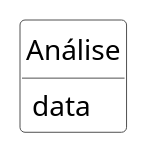
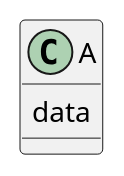
One commit to kyriosdata/docente-inf changed the diagram in documentacao/diagramas/dominio-code.puml. Above: the diagram before and after it, drawn with PlantUML.

```diff
--- a/documentacao/diagramas/dominio-code.puml
+++ b/documentacao/diagramas/dominio-code.puml
@@ -1,17 +1,7 @@
 @startuml dominio-code
 
-hide circle
-hide methods
-hide empty members
-
-skinparam class {
-    BackgroundColor White
-    ArrowColor Black
-    BorderColor #505050
-}
-
-class "Análise" as Analise {
+class A {
     data
 }
 
 @enduml
```
